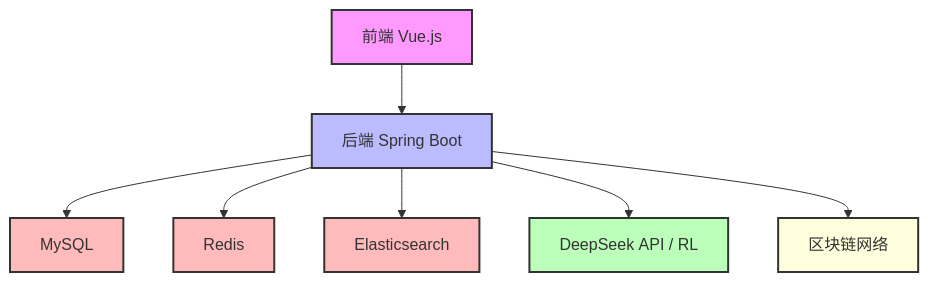
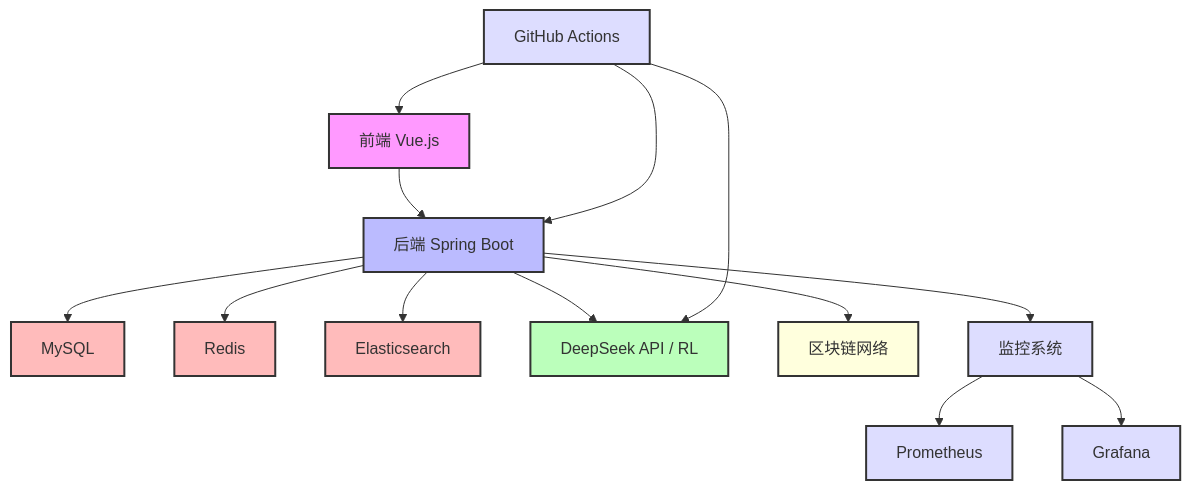
The first of 7 diagrams in README.md (muchuan77/DeekseekAPI), drawn with Mermaid before and after one commit. The commit also changed other lines of this file and 46 other files, not shown here.

````diff
--- a/README.md
+++ b/README.md
@@ -81,17 +89,24 @@
 ```mermaid
 graph TD
   direction TB
 
   classDef front  fill:#f9f,stroke:#333,stroke-width:2px
   classDef back   fill:#bbf,stroke:#333,stroke-width:2px
   classDef ai     fill:#bfb,stroke:#333,stroke-width:2px
   classDef store  fill:#fbb,stroke:#333,stroke-width:2px
   classDef chain  fill:#ffd,stroke:#333,stroke-width:2px
+  classDef ops    fill:#ddf,stroke:#333,stroke-width:2px
 
-  FE[前端 Vue.js]:::front --> BE[后端 Spring Boot]:::back
+  FE[前端 Vue.js]:::front --> BE[后端 Spring Boot]:::back
   BE --> DB[MySQL]:::store
   BE --> Cache[Redis]:::store
   BE --> Search[Elasticsearch]:::store
-  BE --> AI[DeepSeek API / RL]:::ai
+  BE --> AI[DeepSeek API / RL]:::ai
   BE --> BC[区块链网络]:::chain
+  BE --> Monitor[监控系统]:::ops
+  Monitor --> Prometheus[Prometheus]:::ops
+  Monitor --> Grafana[Grafana]:::ops
+  CICD[GitHub Actions]:::ops --> BE
+  CICD --> FE
+  CICD --> AI
 ```
````
